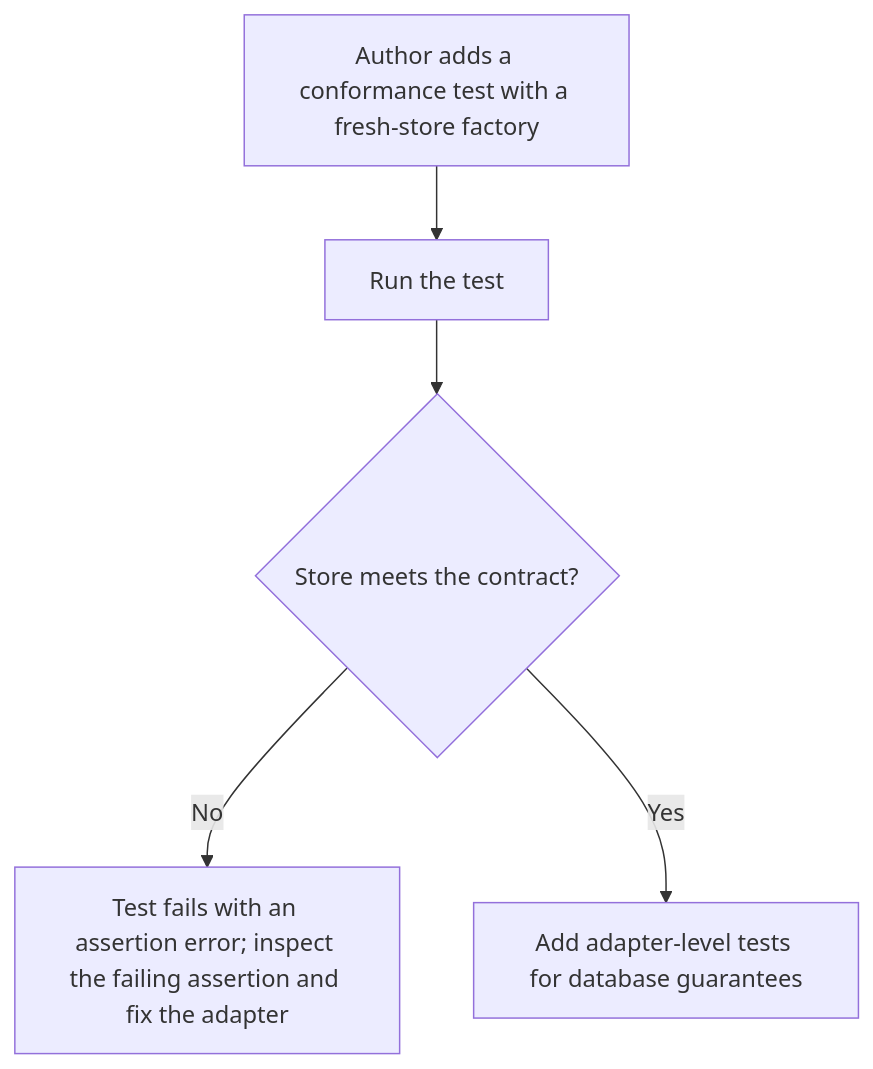
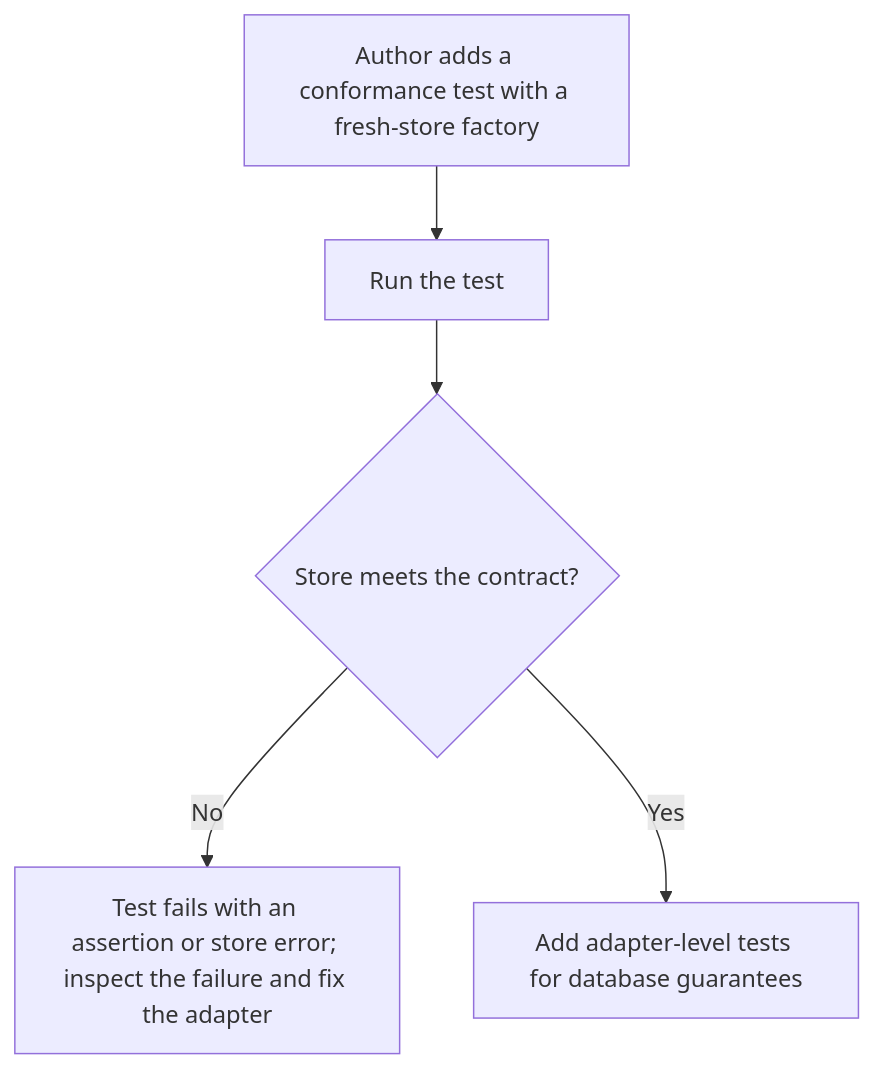
The first of 2 diagrams in user-stories/testing/us-testing-02-verify-control-store.md (Kevinjohn/oss-adonisjs-masquerade), drawn with Mermaid before and after one commit. The commit also changed 15 other files, not shown here.

````diff
--- a/user-stories/testing/us-testing-02-verify-control-store.md
+++ b/user-stories/testing/us-testing-02-verify-control-store.md
@@ -21,7 +21,7 @@
 ```mermaid
 flowchart TD
     A["Author adds a conformance test with a fresh-store factory"] --> B["Run the test"]
     B --> C{"Store meets the contract?"}
-    C -->|No| D["Test fails with an assertion error; inspect the failing assertion and fix the adapter"]
+    C -->|No| D["Test fails with an assertion or store error; inspect the failure and fix the adapter"]
     C -->|Yes| E["Add adapter-level tests for database guarantees"]
 ```
````
